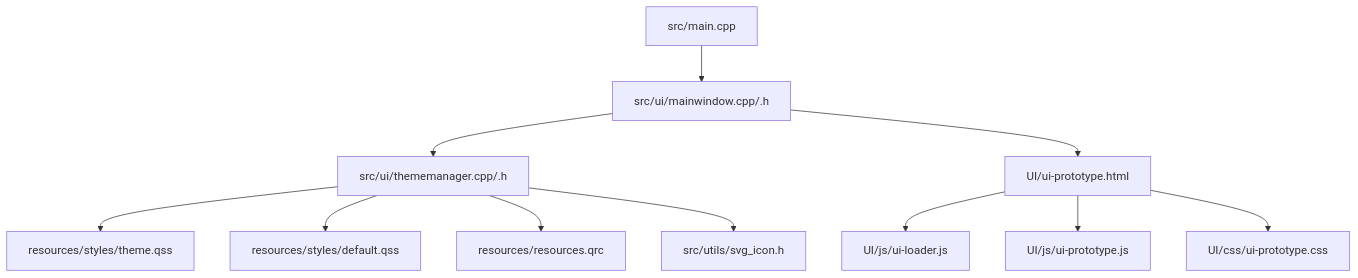
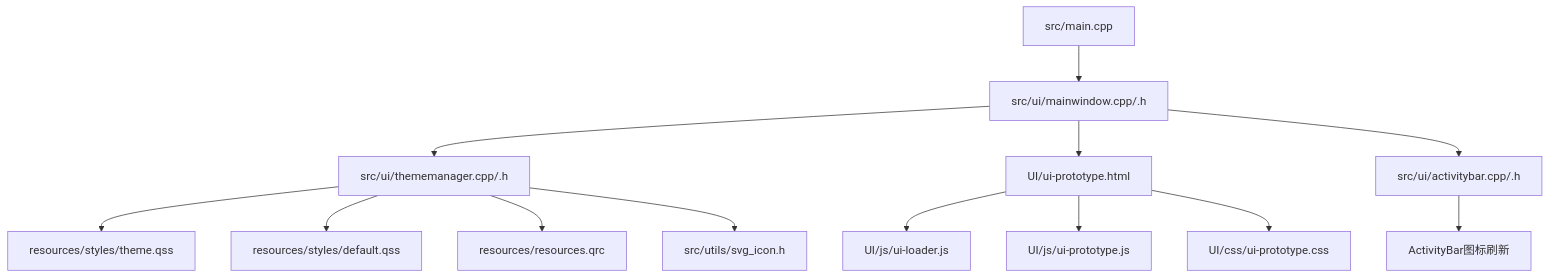
One commit to jakecai1225-design/OpenBus changed the first of 7 diagrams in .qoder/repowiki/zh/content/样式系统/主题管理系统.md. Above: the diagram before and after it, drawn with Mermaid. The commit also changed other lines of this file and 15 other files, not shown here.

````diff
--- a/.qoder/repowiki/zh/content/样式系统/主题管理系统.md
+++ b/.qoder/repowiki/zh/content/样式系统/主题管理系统.md
@@ -54,13 +60,15 @@
 ```mermaid
 graph TB
 A["src/main.cpp"] --> B["src/ui/mainwindow.cpp/.h"]
 B --> C["src/ui/thememanager.cpp/.h"]
 C --> D["resources/styles/theme.qss"]
 C --> E["resources/styles/default.qss"]
 C --> F["resources/resources.qrc"]
 B --> G["UI/ui-prototype.html"]
 G --> H["UI/js/ui-loader.js"]
 G --> I["UI/js/ui-prototype.js"]
 G --> J["UI/css/ui-prototype.css"]
 C --> K["src/utils/svg_icon.h"]
+B --> L["src/ui/activitybar.cpp/.h"]
+L --> M["ActivityBar图标刷新"]
 ```
````
